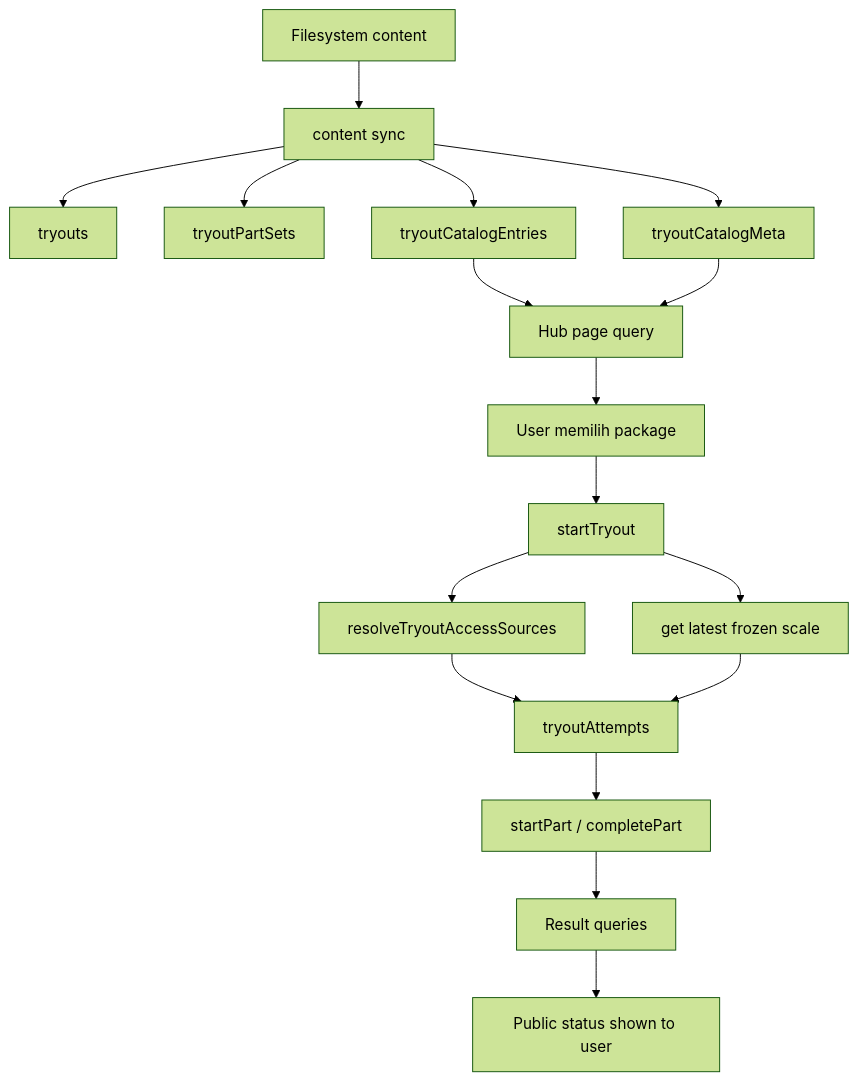
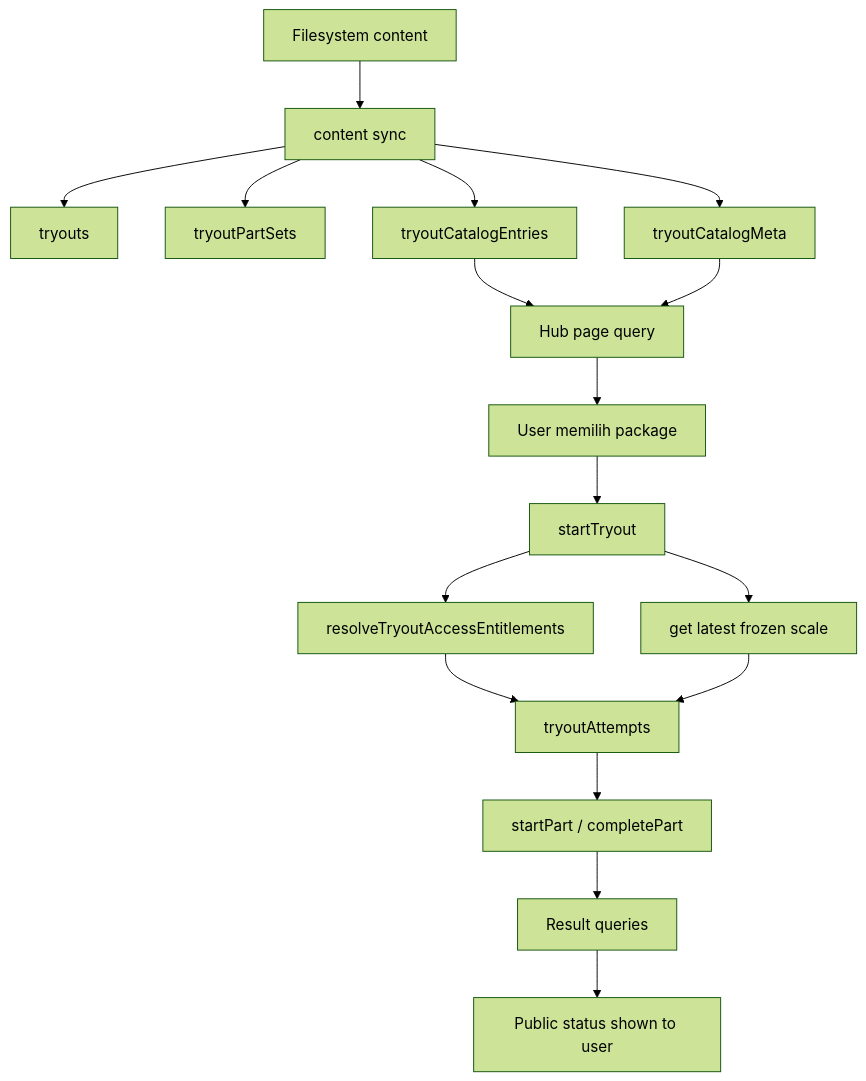
One commit to nakafaai/nakafa.com changed the first of 2 diagrams in packages/backend/convex/tryouts/docs/ARCHITECTURE.id.md. Above: the diagram before and after it, drawn with Mermaid (forest theme). The commit also changed other lines of this file and 33 other files, not shown here.

First line of the commit message:
Replace tryout access sources with entitlements

````diff
--- a/packages/backend/convex/tryouts/docs/ARCHITECTURE.id.md
+++ b/packages/backend/convex/tryouts/docs/ARCHITECTURE.id.md
@@ -191,19 +189,19 @@
 ```mermaid
 flowchart TD
     A[Filesystem content] --> B[content sync]
     B --> C[tryouts]
     B --> D[tryoutPartSets]
     B --> E[tryoutCatalogEntries]
     B --> F[tryoutCatalogMeta]
     E --> G[Hub page query]
     F --> G
     G --> H[User memilih package]
     H --> I[startTryout]
-    I --> J[resolveTryoutAccessSources]
+    I --> J[resolveTryoutAccessEntitlements]
     I --> K[get latest frozen scale]
     J --> L[tryoutAttempts]
     K --> L
     L --> M[startPart / completePart]
     M --> N[Result queries]
     N --> O[Public status shown to user]
 ```
````
